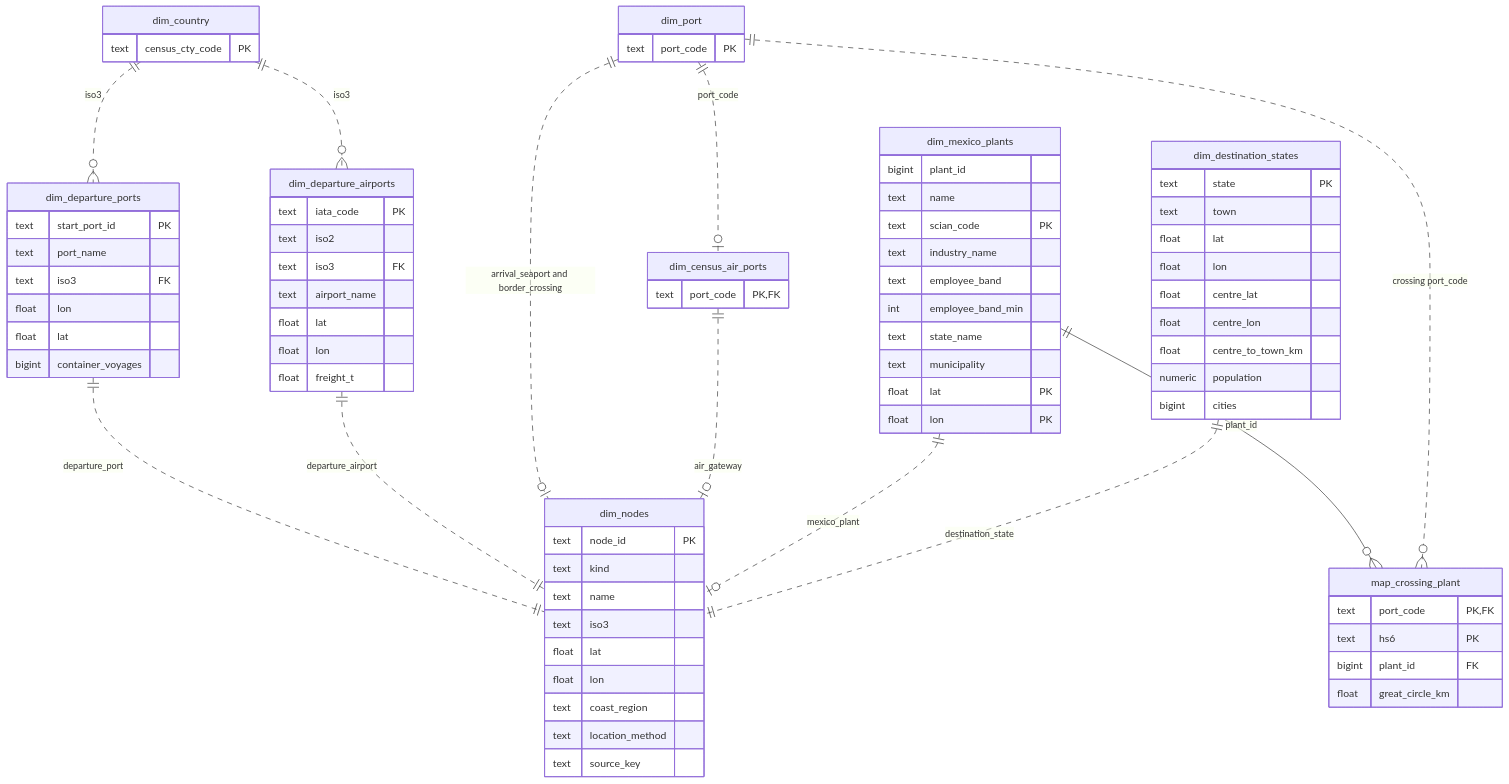
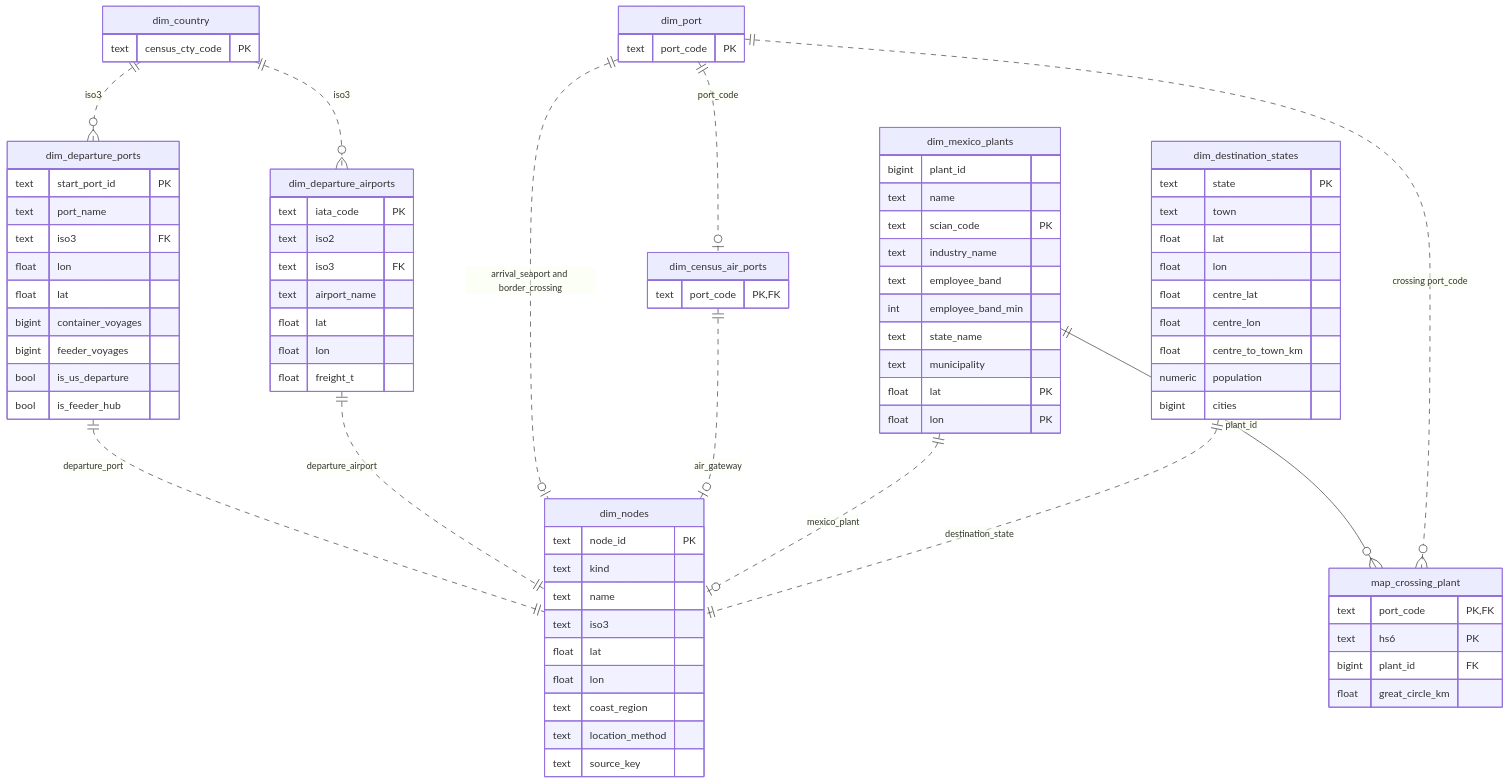
The third of 5 diagrams in docs/core-schema.md (mollyegibson/shockt-climate), drawn with Mermaid before and after one commit. The commit also changed other lines of this file and 9 other files, not shown here.

```diff
--- a/docs/core-schema.md
+++ b/docs/core-schema.md
@@ -322,6 +322,9 @@
     float lon
     float lat
     bigint container_voyages
+    bigint feeder_voyages
+    bool is_us_departure
+    bool is_feeder_hub
   }
   dim_departure_airports {
     text iata_code PK
```
